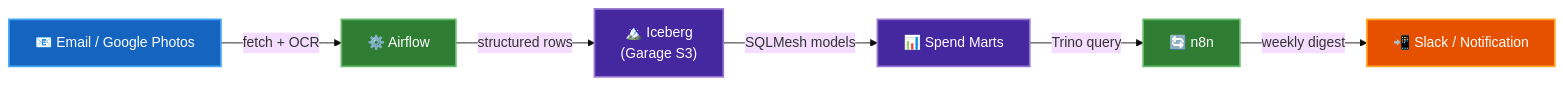
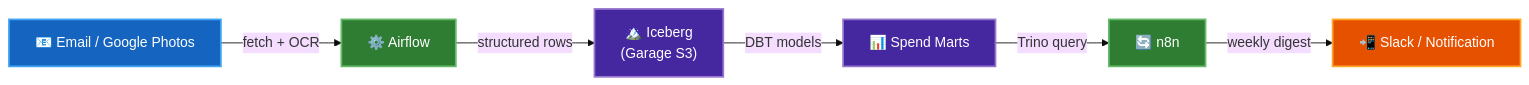
One commit to datahub-local/datahub-local changed the second of 3 diagrams in docs/roadmap.md. Above: the diagram before and after it, drawn with Mermaid (base theme). The commit also changed other lines of this file and 11 other files, not shown here.

````diff
--- a/docs/roadmap.md
+++ b/docs/roadmap.md
@@ -92,20 +86,20 @@
 ```mermaid
 flowchart LR
     classDef source fill:#1565C0,color:#fff,stroke:#42A5F5,stroke-width:2px
     classDef process fill:#2E7D32,color:#fff,stroke:#66BB6A,stroke-width:2px
     classDef store fill:#4527A0,color:#fff,stroke:#9575CD,stroke-width:2px
     classDef notify fill:#E65100,color:#fff,stroke:#FFA726,stroke-width:2px
 
     Email["📧 Email / Google Photos"]:::source
     Airflow["⚙️ Airflow"]:::process
     Iceberg["🏔️ Iceberg\n(Garage S3)"]:::store
     Marts["📊 Spend Marts"]:::store
     n8n["🔄 n8n"]:::process
     Notify["📲 Slack / Notification"]:::notify
 
     Email -->|"fetch + OCR"| Airflow
     Airflow -->|"structured rows"| Iceberg
-    Iceberg -->|"SQLMesh models"| Marts
+    Iceberg -->|"DBT models"| Marts
     Marts -->|"Trino query"| n8n
     n8n -->|"weekly digest"| Notify
 ```
````
